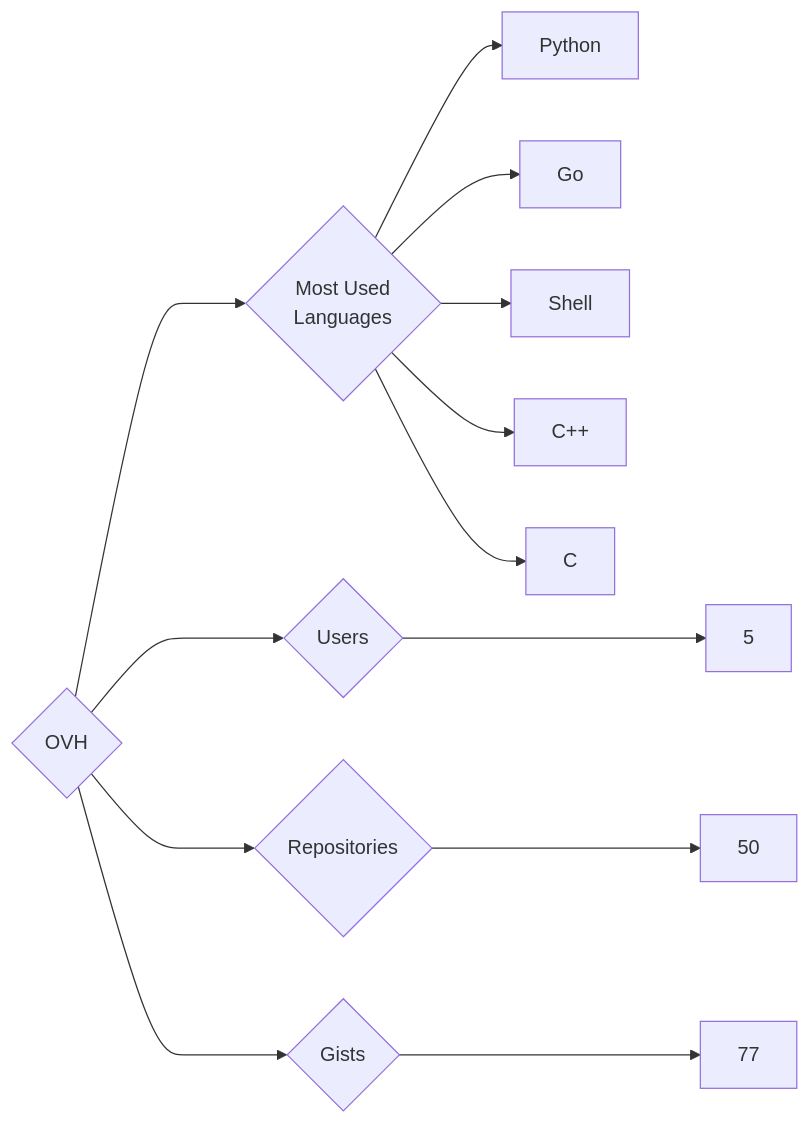
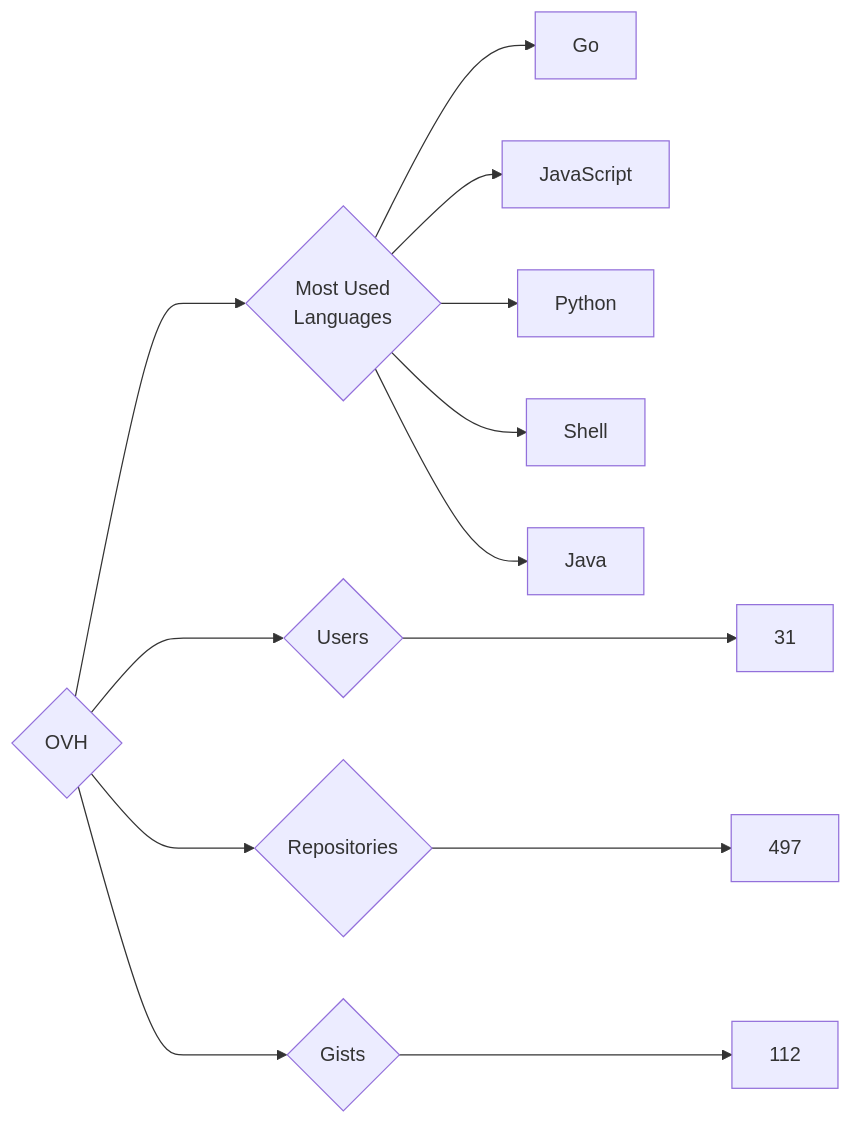
Before and after one commit to trickest/insiders: the diagram in targets/OVH/README.md, drawn with Mermaid. The commit also changed 748 other files, not shown here.

````diff
--- a/targets/OVH/README.md
+++ b/targets/OVH/README.md
@@ -3,13 +3,13 @@
 ```mermaid
 graph LR
 COMPANY_NAME{OVH}
-COMPANY_NAME ---> U{Users} ---> UN[5]
-COMPANY_NAME ---> R{Repositories} ---> RN[50]
-COMPANY_NAME ---> G{Gists} ---> GN[77]
+COMPANY_NAME ---> U{Users} ---> UN[31]
+COMPANY_NAME ---> R{Repositories} ---> RN[497]
+COMPANY_NAME ---> G{Gists} ---> GN[112]
 COMPANY_NAME ---> ML{Most Used<br>Languages}
+ML --> Go[Go]
+ML --> JavaScript[JavaScript]
 ML --> Python[Python]
-ML --> Go[Go]
 ML --> Shell[Shell]
-ML --> C++[C++]
-ML --> C[C]
+ML --> Java[Java]
 ```
````
